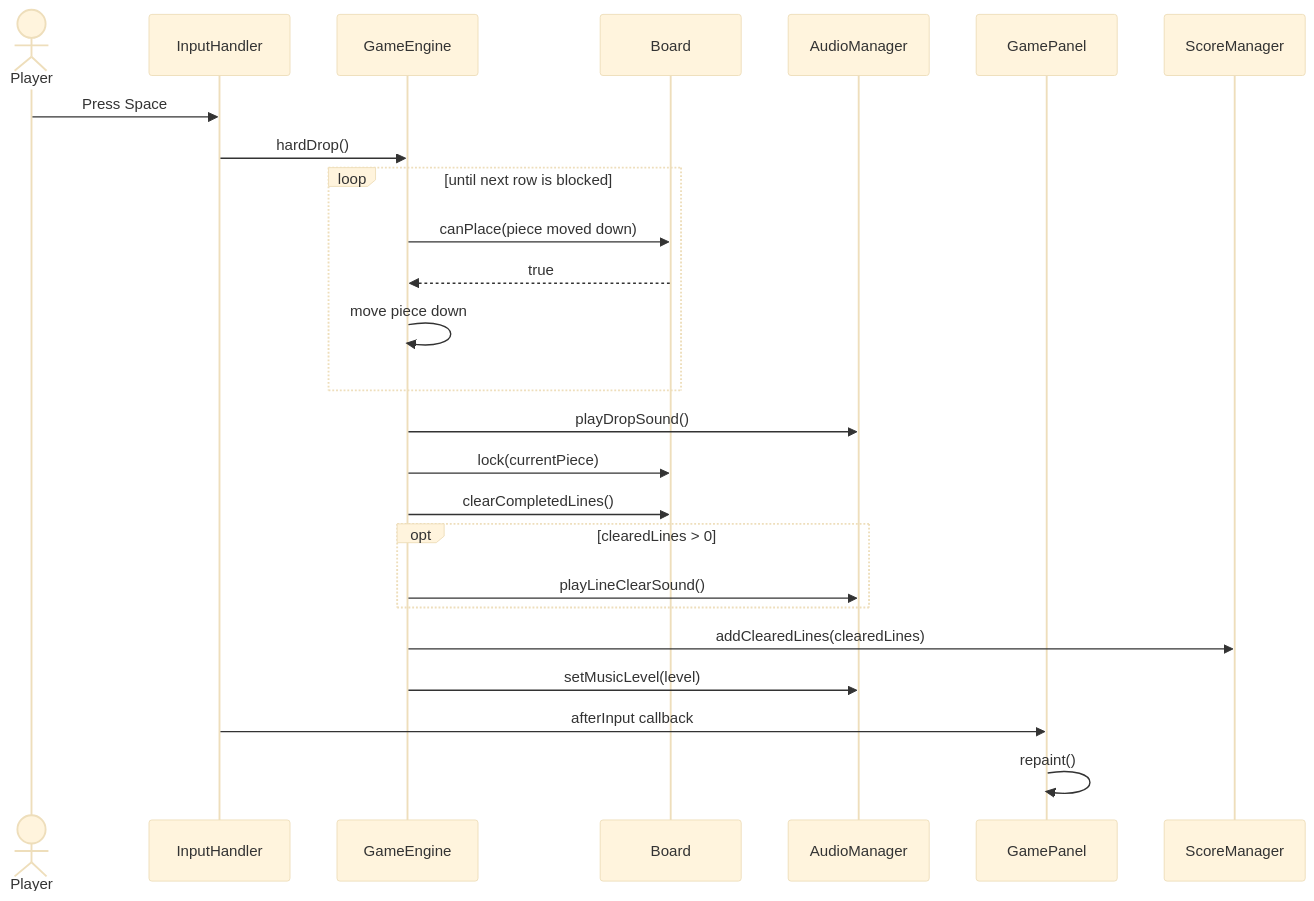
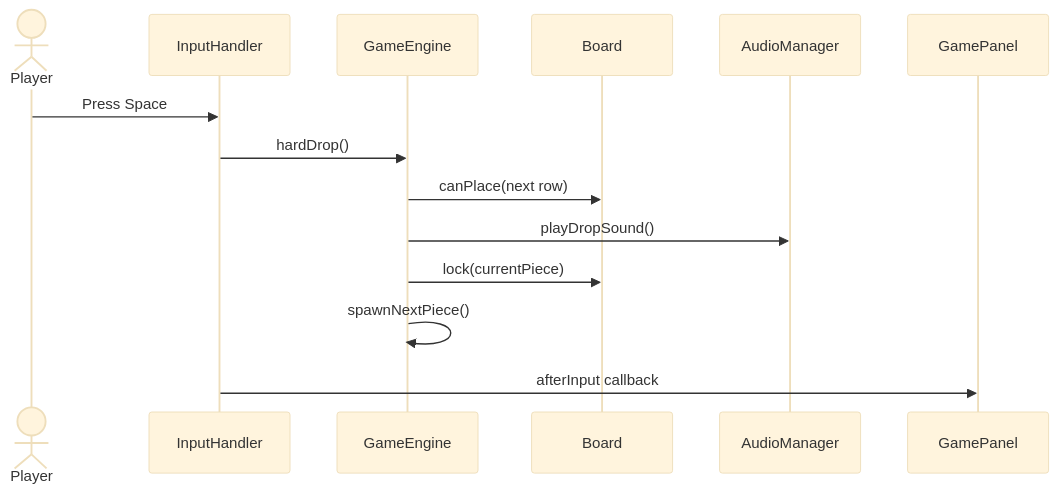
One commit to sheng-luen-chung/java-swing-tetris changed the sixth of 11 diagrams in docs/uml-class-design.md. Above: the diagram before and after it, drawn with Mermaid (base theme). The commit also changed other lines of this file, not shown here.

Commit message:
重構 UML scenario 文件

````diff
--- a/docs/uml-class-design.md
+++ b/docs/uml-class-design.md
@@ -286,27 +333,17 @@
 ```mermaid
 sequenceDiagram
     actor Player
     participant InputHandler
     participant GameEngine
     participant Board
     participant AudioManager
     participant GamePanel
 
     Player->>InputHandler: Press Space
     InputHandler->>GameEngine: hardDrop()
-    loop until next row is blocked
-        GameEngine->>Board: canPlace(piece moved down)
-        Board-->>GameEngine: true
-        GameEngine->>GameEngine: move piece down
-    end
+    GameEngine->>Board: canPlace(next row)
     GameEngine->>AudioManager: playDropSound()
     GameEngine->>Board: lock(currentPiece)
-    GameEngine->>Board: clearCompletedLines()
-    opt clearedLines > 0
-        GameEngine->>AudioManager: playLineClearSound()
-    end
-    GameEngine->>ScoreManager: addClearedLines(clearedLines)
-    GameEngine->>AudioManager: setMusicLevel(level)
+    GameEngine->>GameEngine: spawnNextPiece()
     InputHandler->>GamePanel: afterInput callback
-    GamePanel->>GamePanel: repaint()
 ```
````
